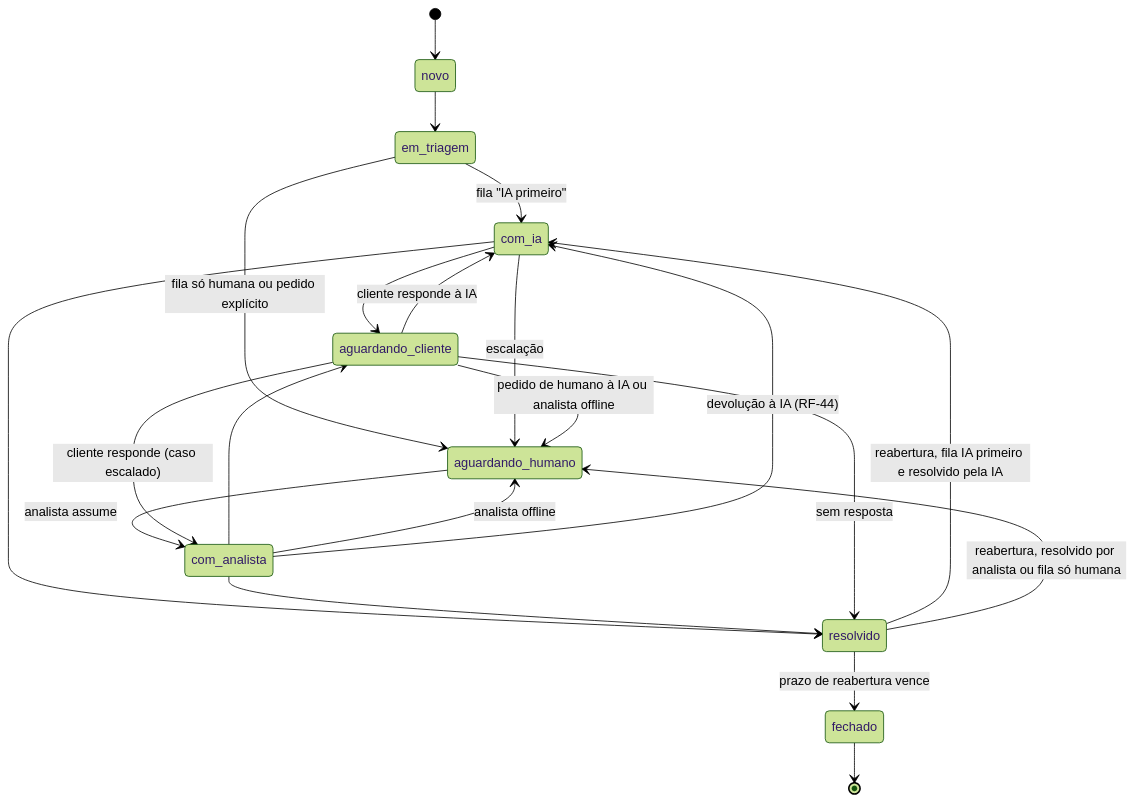
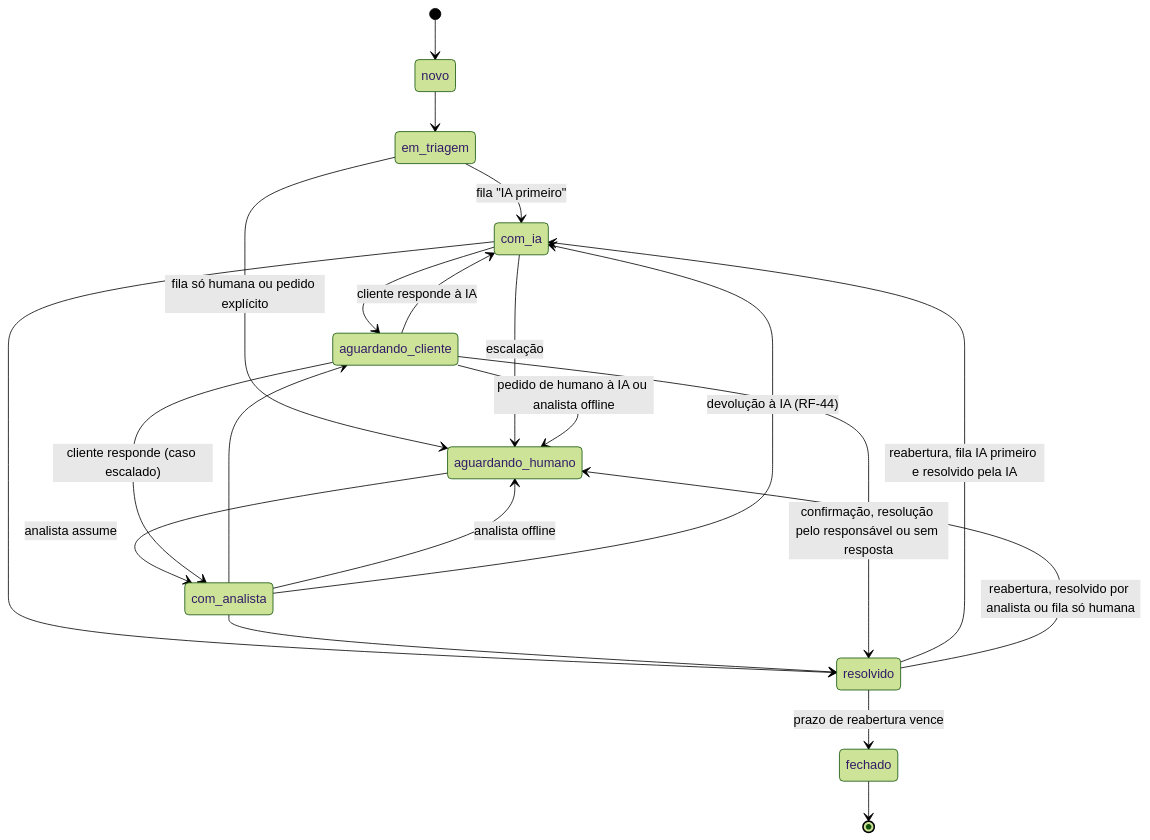
Before and after one commit to Isaacpk1/cloude_walk: the diagram in docs/06-regras-de-negocio.md, drawn with Mermaid (forest theme). The commit also changed other lines of this file and 251 other files, not shown here.

````diff
--- a/docs/06-regras-de-negocio.md
+++ b/docs/06-regras-de-negocio.md
@@ -19,23 +19,23 @@
 ```mermaid
 stateDiagram-v2
     [*] --> novo
     novo --> em_triagem
     em_triagem --> com_ia: fila "IA primeiro"
     em_triagem --> aguardando_humano: fila só humana ou pedido explícito
     com_ia --> aguardando_cliente
     aguardando_cliente --> com_ia: cliente responde à IA
     com_ia --> aguardando_humano: escalação
     aguardando_cliente --> aguardando_humano: pedido de humano à IA ou analista offline
     aguardando_humano --> com_analista: analista assume
     com_analista --> aguardando_cliente
     aguardando_cliente --> com_analista: cliente responde (caso escalado)
     com_analista --> aguardando_humano: analista offline
     com_analista --> com_ia: devolução à IA (RF-44)
     com_ia --> resolvido
     com_analista --> resolvido
-    aguardando_cliente --> resolvido: sem resposta
+    aguardando_cliente --> resolvido: confirmação, resolução pelo responsável ou sem resposta
     resolvido --> com_ia: reabertura, fila IA primeiro e resolvido pela IA
     resolvido --> aguardando_humano: reabertura, resolvido por analista ou fila só humana
     resolvido --> fechado: prazo de reabertura vence
     fechado --> [*]
 ```
````
